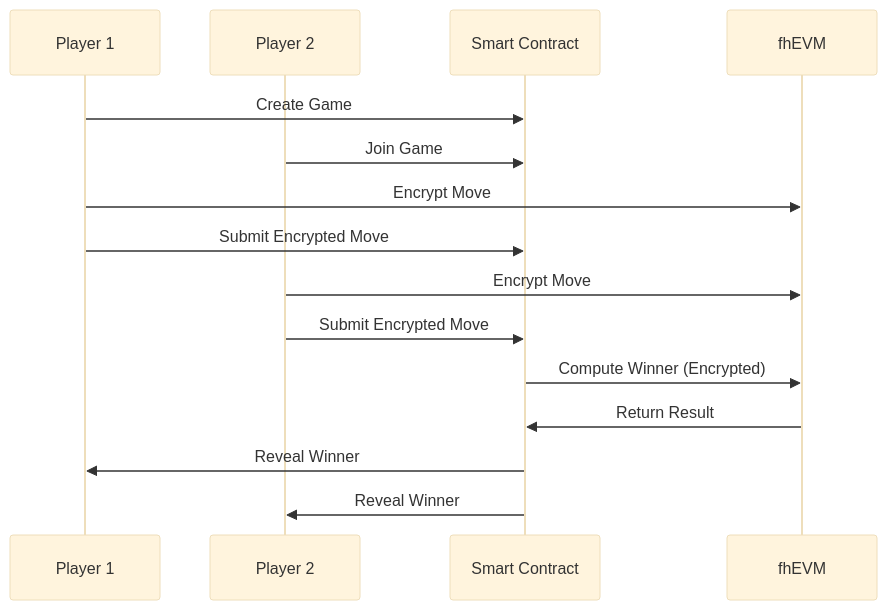
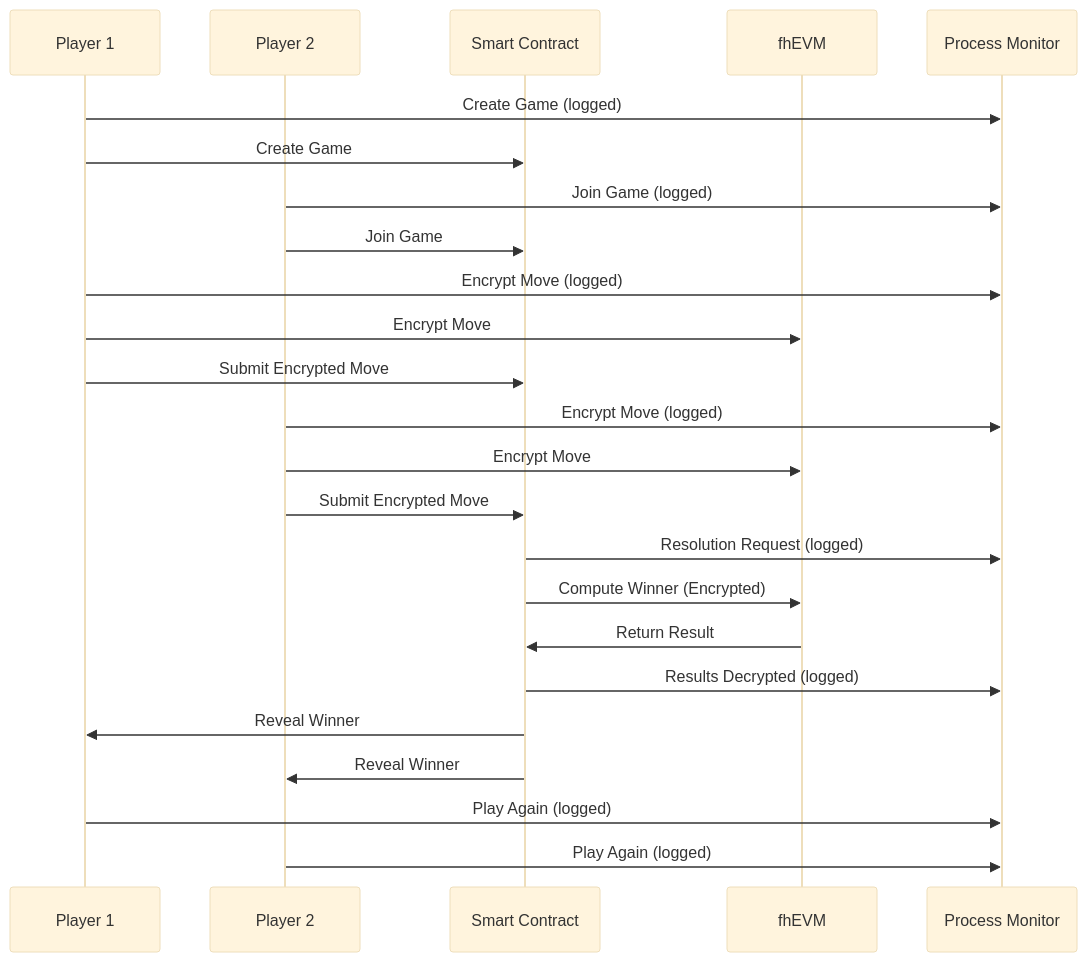
One commit to GoJackzi/RockPaperScissors changed the diagram in README.md. Above: the diagram before and after it, drawn with Mermaid (base theme). The commit also changed other lines of this file, not shown here.

````diff
--- a/README.md
+++ b/README.md
@@ -81,18 +73,27 @@
 ```mermaid
 sequenceDiagram
     participant P1 as Player 1
     participant P2 as Player 2
     participant SC as Smart Contract
     participant FHE as fhEVM
+    participant Monitor as Process Monitor
 
+    P1->>Monitor: Create Game (logged)
     P1->>SC: Create Game
+    P2->>Monitor: Join Game (logged)
     P2->>SC: Join Game
+    P1->>Monitor: Encrypt Move (logged)
     P1->>FHE: Encrypt Move
     P1->>SC: Submit Encrypted Move
+    P2->>Monitor: Encrypt Move (logged)
     P2->>FHE: Encrypt Move
     P2->>SC: Submit Encrypted Move
+    SC->>Monitor: Resolution Request (logged)
     SC->>FHE: Compute Winner (Encrypted)
     FHE->>SC: Return Result
+    SC->>Monitor: Results Decrypted (logged)
     SC->>P1: Reveal Winner
     SC->>P2: Reveal Winner
+    P1->>Monitor: Play Again (logged)
+    P2->>Monitor: Play Again (logged)
 ```
````
